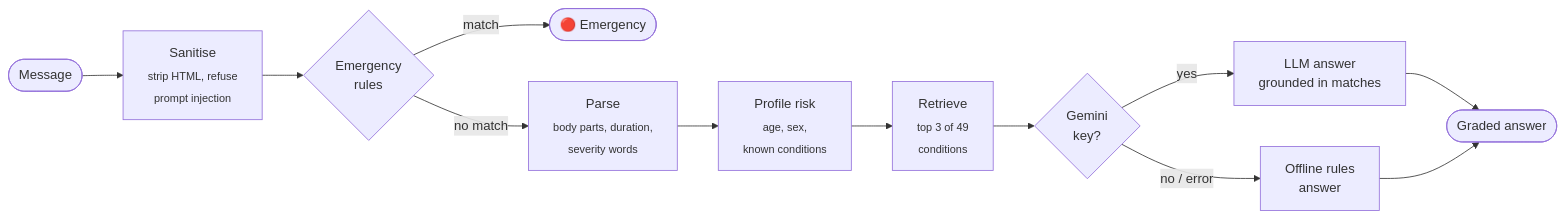
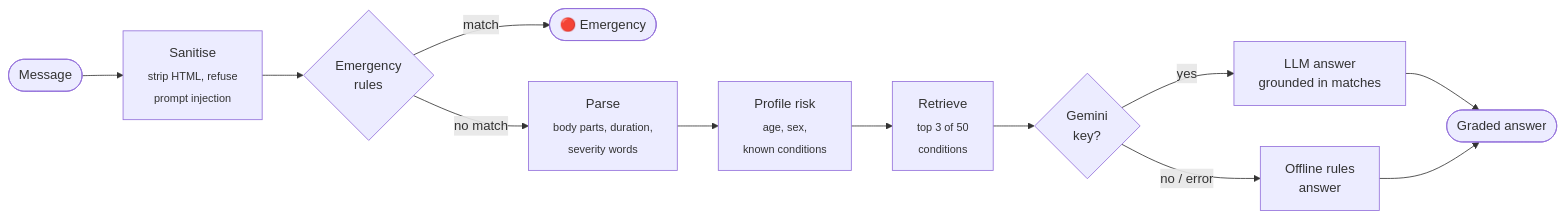
The first of 4 diagrams in README.md (sarthaksaxenaa/CareNexus), drawn with Mermaid before and after one commit. The commit also changed other lines of this file and 13 other files, not shown here.

````diff
--- a/README.md
+++ b/README.md
@@ -143,14 +143,14 @@
 ```mermaid
 flowchart LR
     M([Message]) --> S[Sanitise<br/><sub>strip HTML, refuse<br/>prompt injection</sub>]
     S --> R{Emergency<br/>rules}
     R -- match --> RED([🔴 Emergency])
     R -- no match --> P[Parse<br/><sub>body parts, duration,<br/>severity words</sub>]
     P --> F[Profile risk<br/><sub>age, sex,<br/>known conditions</sub>]
-    F --> Q[Retrieve<br/><sub>top 3 of 49<br/>conditions</sub>]
+    F --> Q[Retrieve<br/><sub>top 3 of 50<br/>conditions</sub>]
     Q --> G{Gemini<br/>key?}
     G -- yes --> L[LLM answer<br/>grounded in matches]
     G -- no / error --> O[Offline rules<br/>answer]
     L --> A([Graded answer])
     O --> A
 ```
````
